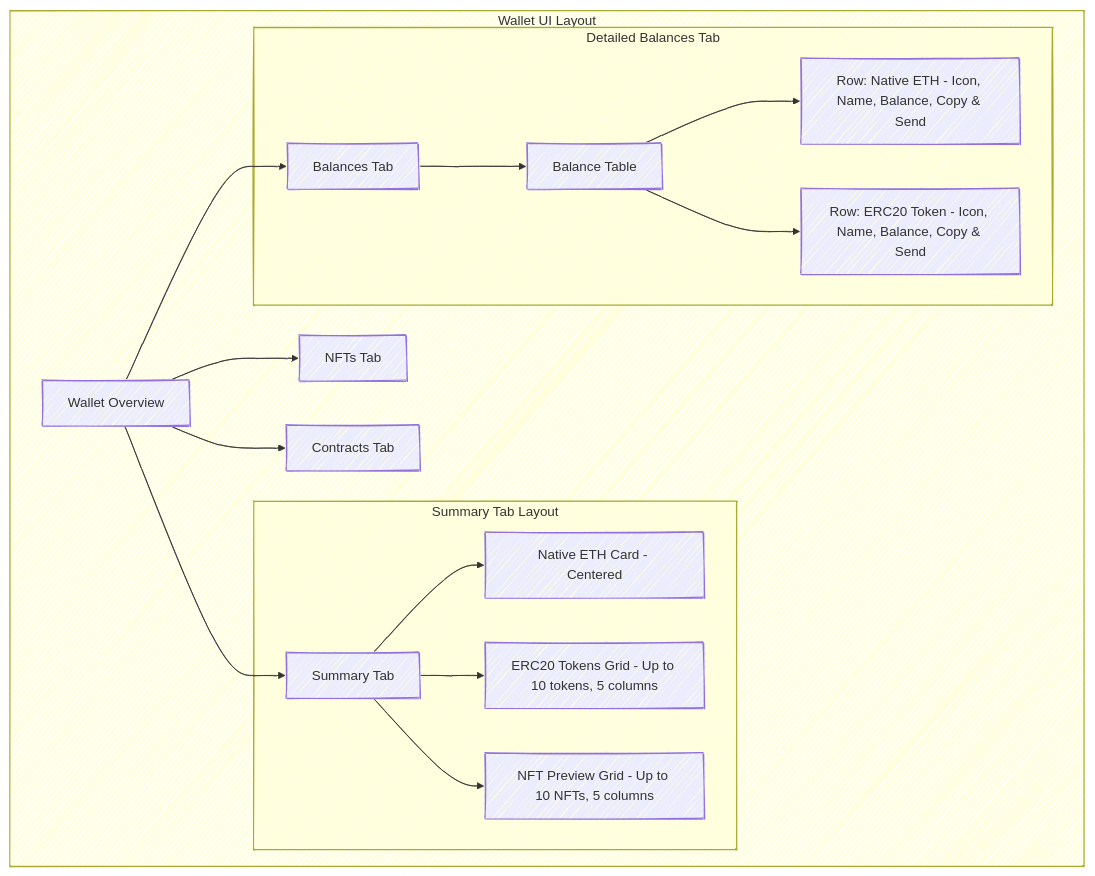
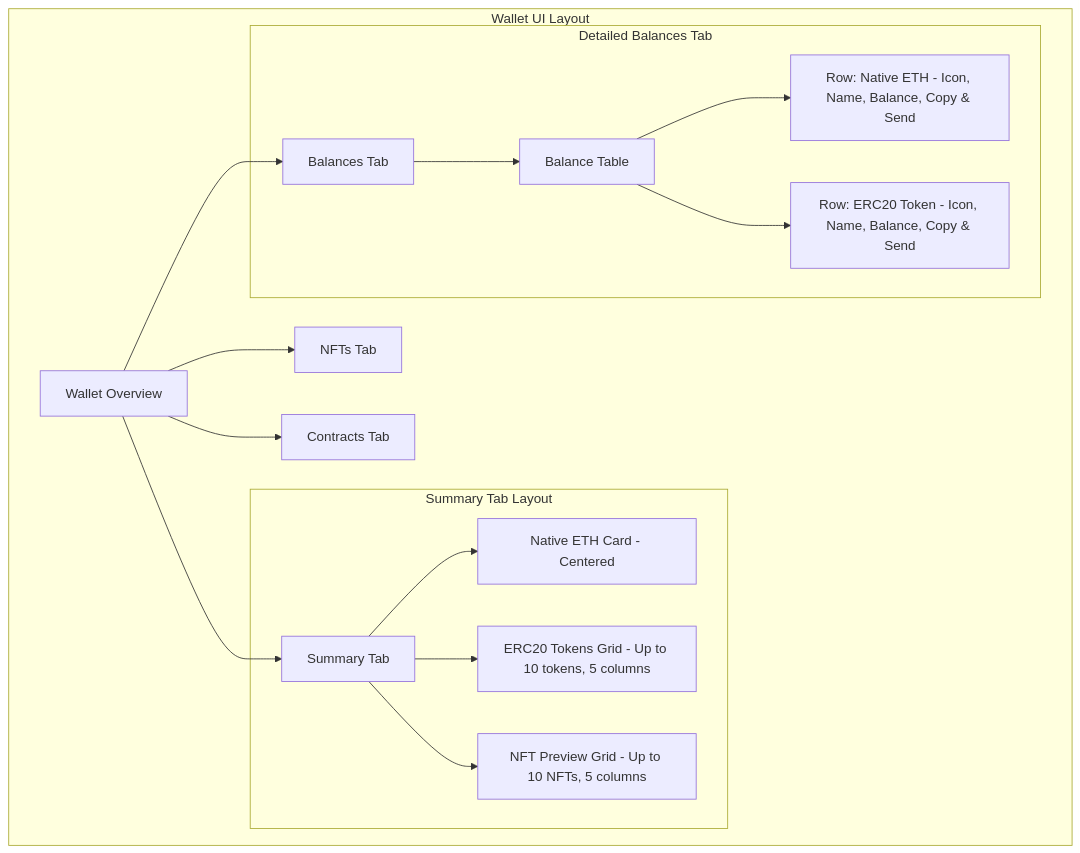
One commit to CheyneWeb3/InHaus-NFT-Smart-Wallets-ERC6551 changed the second of 2 diagrams in README.md. Above: the diagram before and after it, drawn with Mermaid.

````diff
--- a/README.md
+++ b/README.md
@@ -145,33 +145,33 @@
 ```mermaid
 ---
 config:
   layout: fixed
   theme: mc
-  look: handDrawn
+  look: classic
 ---
 flowchart TD
  subgraph SummaryTab["Summary Tab Layout"]
         L1["Native ETH Card - Centered"]
         L2["ERC20 Tokens Grid - Up to 10 tokens, 5 columns"]
         L3["NFT Preview Grid - Up to 10 NFTs, 5 columns"]
         L["Summary Tab"]
   end
  subgraph BalancesTab["Detailed Balances Tab"]
         M1["Balance Table"]
         M2["Row: Native ETH - Icon, Name, Balance, Copy & Send"]
         M3["Row: ERC20 Token - Icon, Name, Balance, Copy & Send"]
         M["Balances Tab"]
   end
  subgraph UIOverview["Wallet UI Layout"]
         K["Wallet Overview"]
         N["NFTs Tab"]
         O["Contracts Tab"]
         SummaryTab
         BalancesTab
   end
     K --> L & M & N & O
     L --> L1 & L2 & L3
     M1 --> M2 & M3
     M --> M1
 
 ```
````
